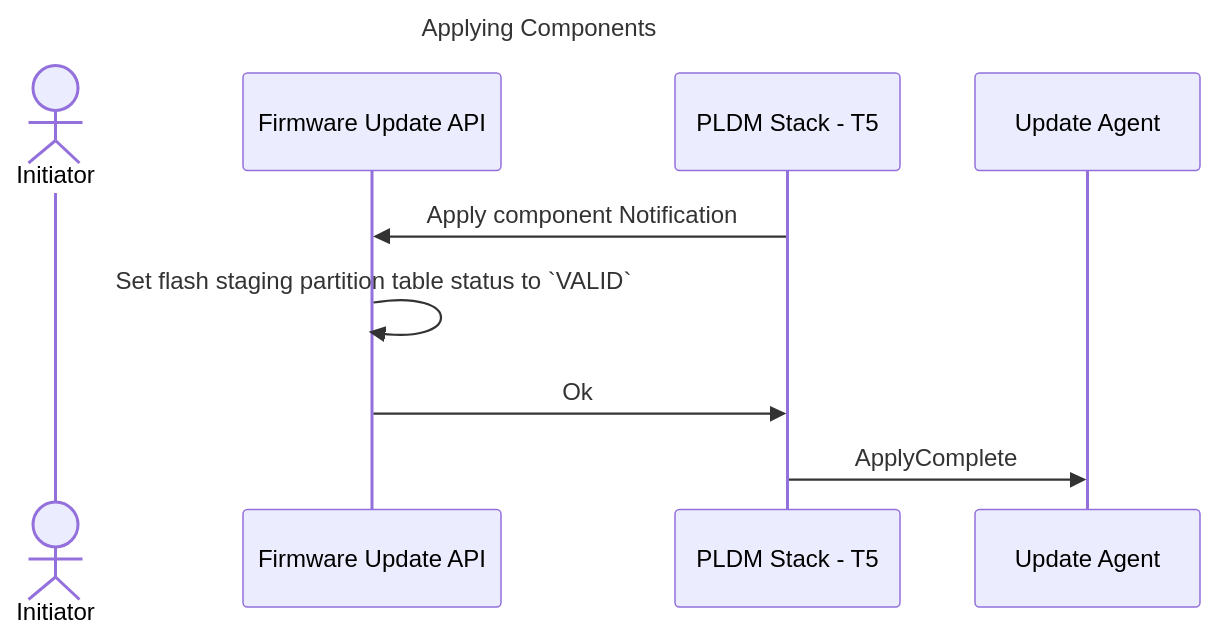
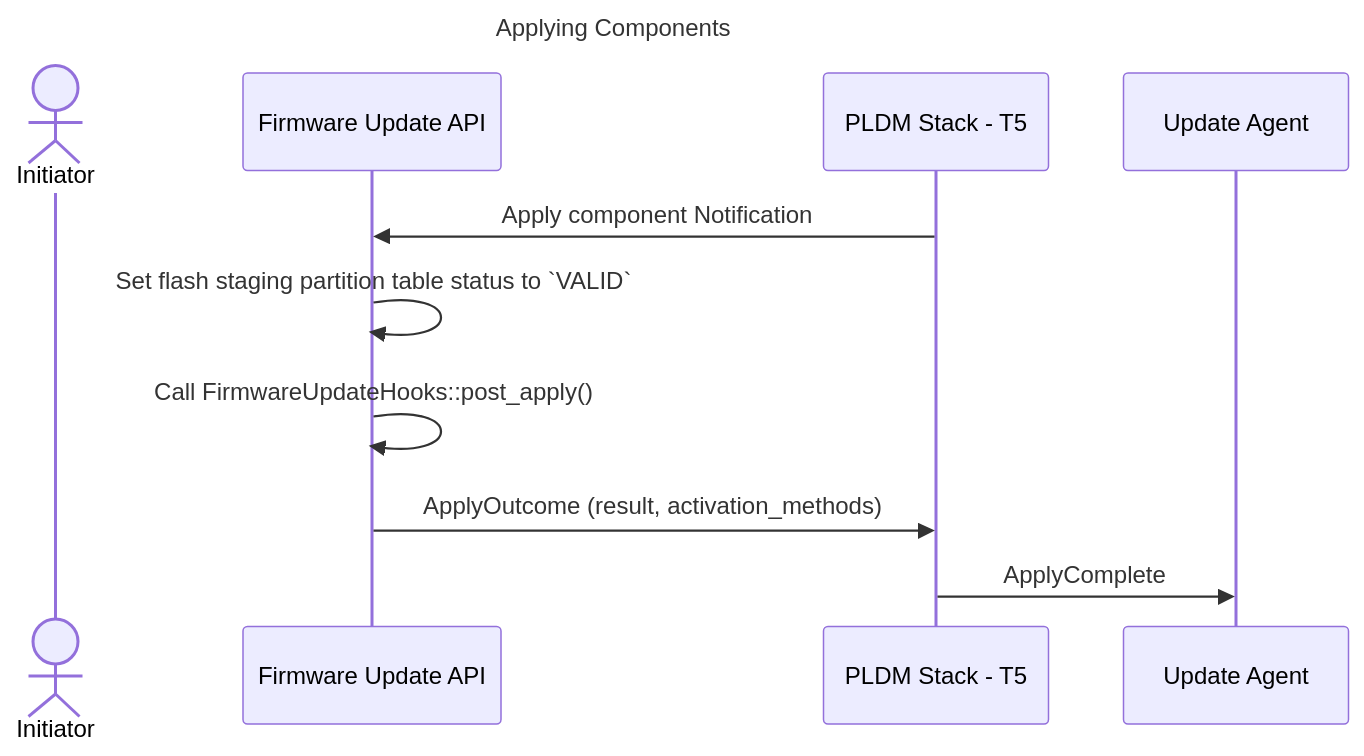
The eighth of 10 diagrams in docs/src/firmware_update.md (chipsalliance/caliptra-mcu-sw), drawn with Mermaid before and after one commit. The commit also changed 8 other files, not shown here.

````diff
--- a/docs/src/firmware_update.md
+++ b/docs/src/firmware_update.md
@@ -161,16 +161,17 @@
 ```mermaid
 sequenceDiagram
     title Applying Components
 
     actor App as Initiator
     participant API as Firmware Update API
     participant Firmware as PLDM Stack - T5
     participant PLDM as Update Agent
 
     Firmware->>API: Apply component Notification
     API->>API: Set flash staging partition table status to `VALID`
+    API->>API: Call FirmwareUpdateHooks::post_apply()
 
-    API->>Firmware: Ok
+    API->>Firmware: ApplyOutcome (result, activation_methods)
     Firmware->>PLDM: ApplyComplete
 
 ```
````
